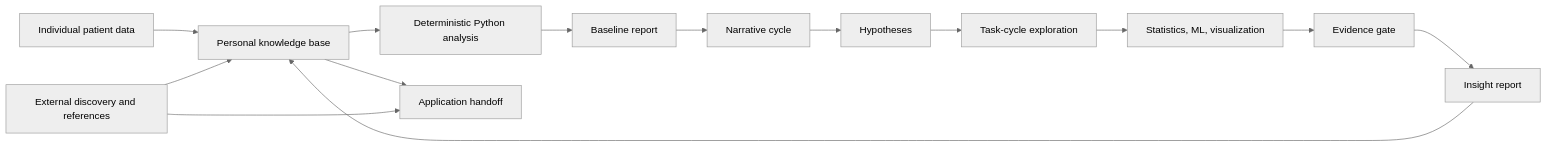
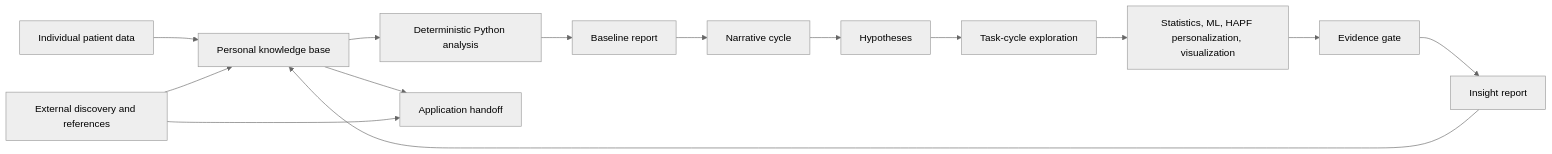
Before and after one commit to zeron-G/CDHAI_June: the diagram in README.md, drawn with Mermaid (neutral theme). The commit also changed other lines of this file and 26 other files, not shown here.

````diff
--- a/README.md
+++ b/README.md
@@ -65,16 +75,16 @@
 ```mermaid
 flowchart LR
   A["Individual patient data"] --> B["Personal knowledge base"]
   B --> C["Deterministic Python analysis"]
   C --> D["Baseline report"]
   D --> E["Narrative cycle"]
   E --> F["Hypotheses"]
   F --> G["Task-cycle exploration"]
-  G --> H["Statistics, ML, visualization"]
+  G --> H["Statistics, ML, HAPF personalization, visualization"]
   H --> I["Evidence gate"]
   I --> J["Insight report"]
   J --> B
   B --> K["Application handoff"]
   L["External discovery and references"] --> B
   L --> K
 ```
````
